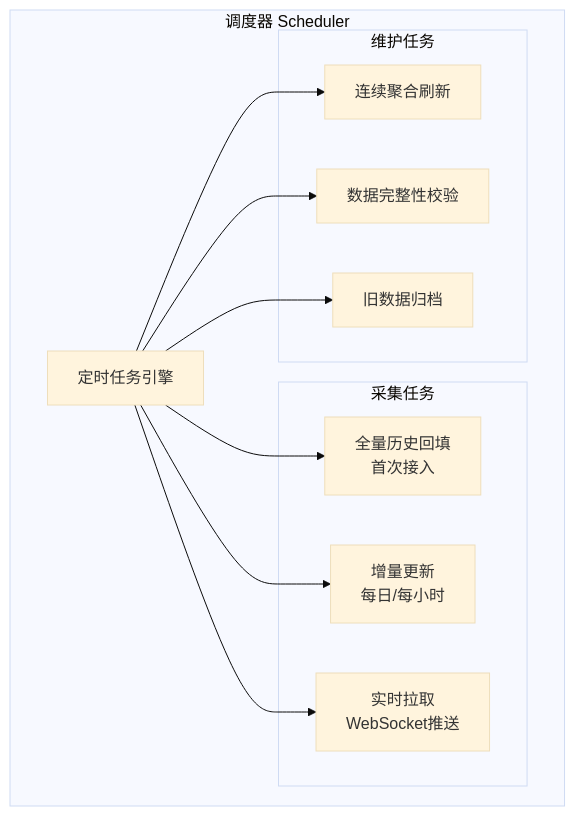
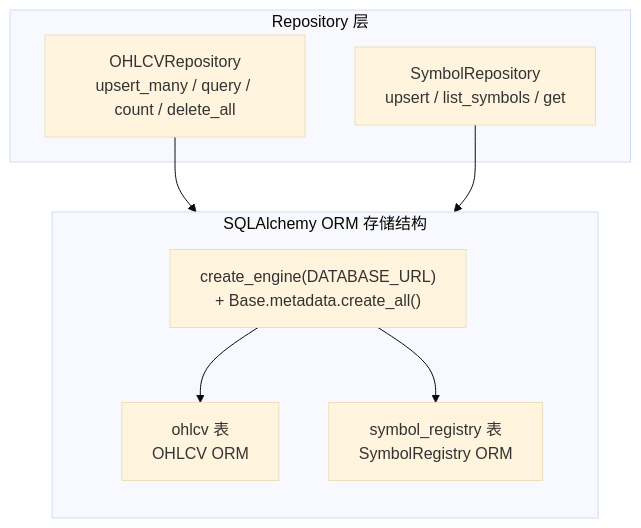
Before and after one commit to RESBI/StockStatistic: the seventh of 23 diagrams in DESIGN_CN.md, drawn with Mermaid (base theme). The commit also changed other lines of this file and 12 other files, not shown here.

````diff
--- a/DESIGN_CN.md
+++ b/DESIGN_CN.md
@@ -498,20 +379,19 @@
 ```mermaid
 graph TB
-    subgraph "调度器 Scheduler"
-        CRON[定时任务引擎]
-        
-        subgraph "采集任务"
-            T1[全量历史回填<br/>首次接入]
-            T2[增量更新<br/>每日/每小时]
-            T3[实时拉取<br/>WebSocket推送]
-        end
-        
-        subgraph "维护任务"
-            M1[连续聚合刷新]
-            M2[数据完整性校验]
-            M3[旧数据归档]
-        end
+    subgraph "SQLAlchemy ORM 存储结构"
+        direction TB
+        ENG["create_engine(DATABASE_URL)<br/>+ Base.metadata.create_all()"]
+        T1["ohlcv 表<br/>OHLCV ORM"]
+        T2["symbol_registry 表<br/>SymbolRegistry ORM"]
     end
-    
-    CRON --> T1 & T2 & T3 & M1 & M2 & M3
+
+    subgraph "Repository 层"
+        R1["OHLCVRepository<br/>upsert_many / query / count / delete_all"]
+        R2["SymbolRepository<br/>upsert / list_symbols / get"]
+    end
+
+    ENG --> T1
+    ENG --> T2
+    R1 --> T1
+    R2 --> T2
 ```
````
